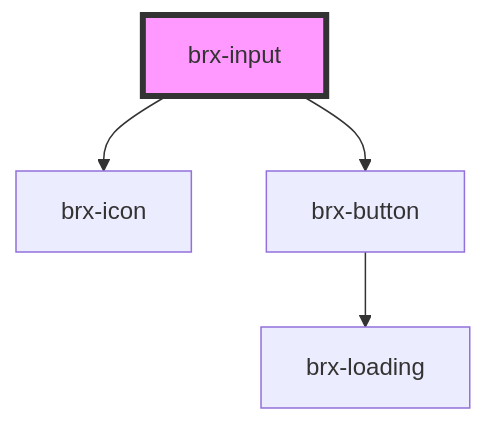
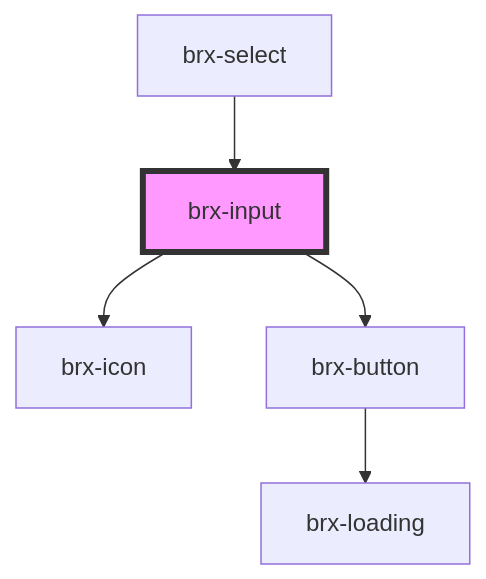
The diagram in packages/core/src/components/brx-input/readme.md (copperui/copperui), drawn with Mermaid before and after one commit. The commit also changed other lines of this file and 17 other files, not shown here.

````diff
--- a/packages/core/src/components/brx-input/readme.md
+++ b/packages/core/src/components/brx-input/readme.md
@@ -100,7 +104,8 @@
 ```mermaid
 graph TD;
   brx-input --> brx-icon
   brx-input --> brx-button
   brx-button --> brx-loading
+  brx-select --> brx-input
   style brx-input fill:#f9f,stroke:#333,stroke-width:4px
 ```
````
